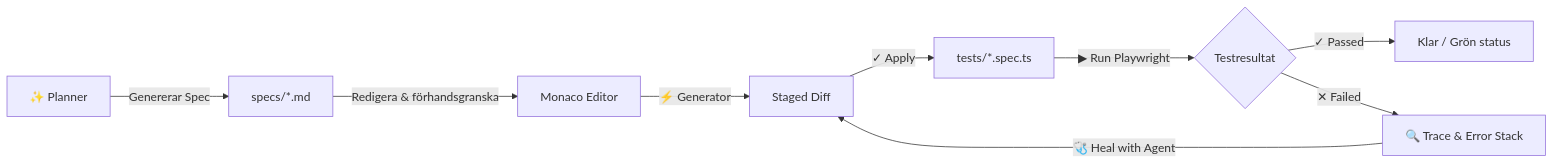
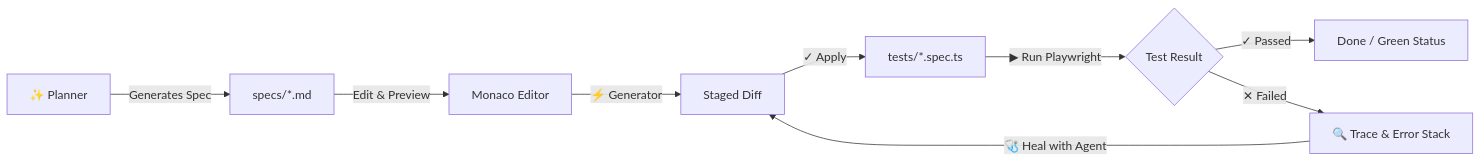
One commit to joelbinn/playwright-test-manager changed the diagram in README.md. Above: the diagram before and after it, drawn with Mermaid. The commit also changed other lines of this file, not shown here.

````diff
--- a/README.md
+++ b/README.md
@@ -95,11 +95,11 @@
 ```mermaid
 flowchart LR
-    A["✨ Planner"] -->|"Genererar Spec"| B["specs/*.md"]
-    B -->|"Redigera & förhandsgranska"| C["Monaco Editor"]
+    A["✨ Planner"] -->|"Generates Spec"| B["specs/*.md"]
+    B -->|"Edit & Preview"| C["Monaco Editor"]
     C -->|"⚡ Generator"| D["Staged Diff"]
     D -->|"✓ Apply"| E["tests/*.spec.ts"]
-    E -->|"▶ Run Playwright"| F{"Testresultat"}
-    F -->|"✓ Passed"| G["Klar / Grön status"]
+    E -->|"▶ Run Playwright"| F{"Test Result"}
+    F -->|"✓ Passed"| G["Done / Green Status"]
     F -->|"✕ Failed"| H["🔍 Trace & Error Stack"]
     H -->|"🩺 Heal with Agent"| D
 ```
````
